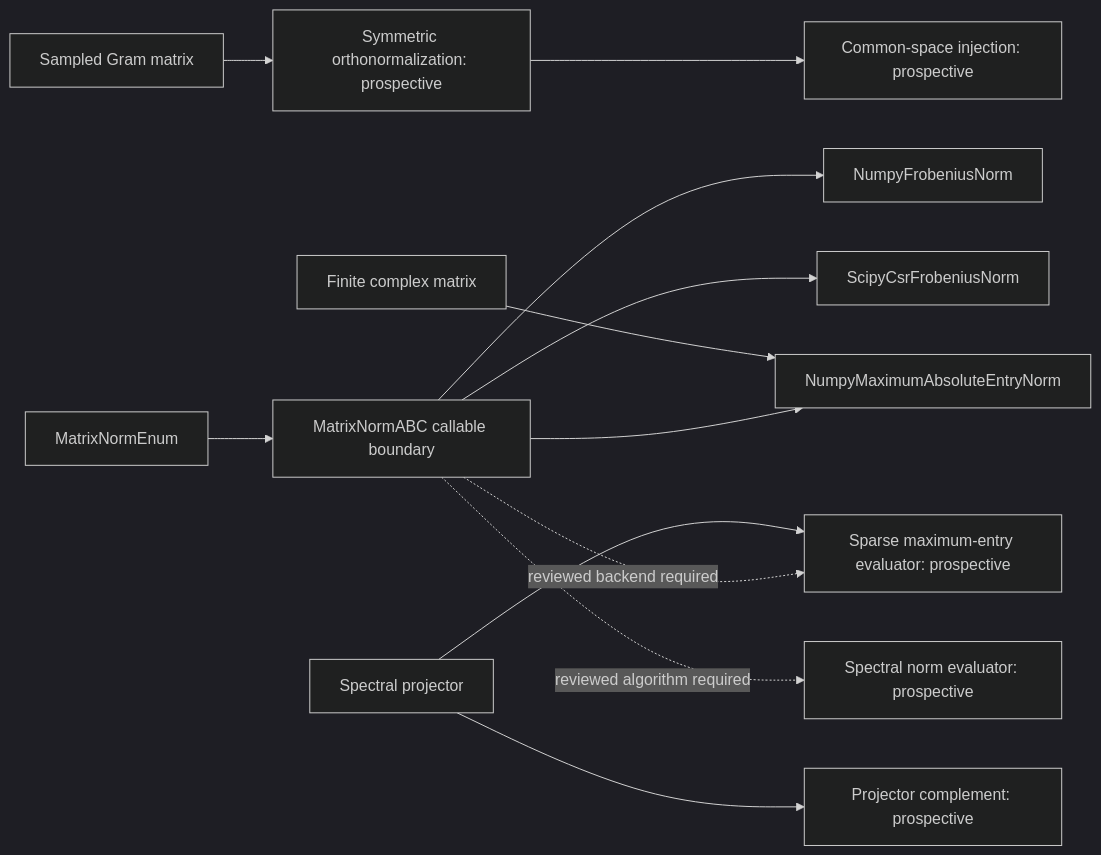
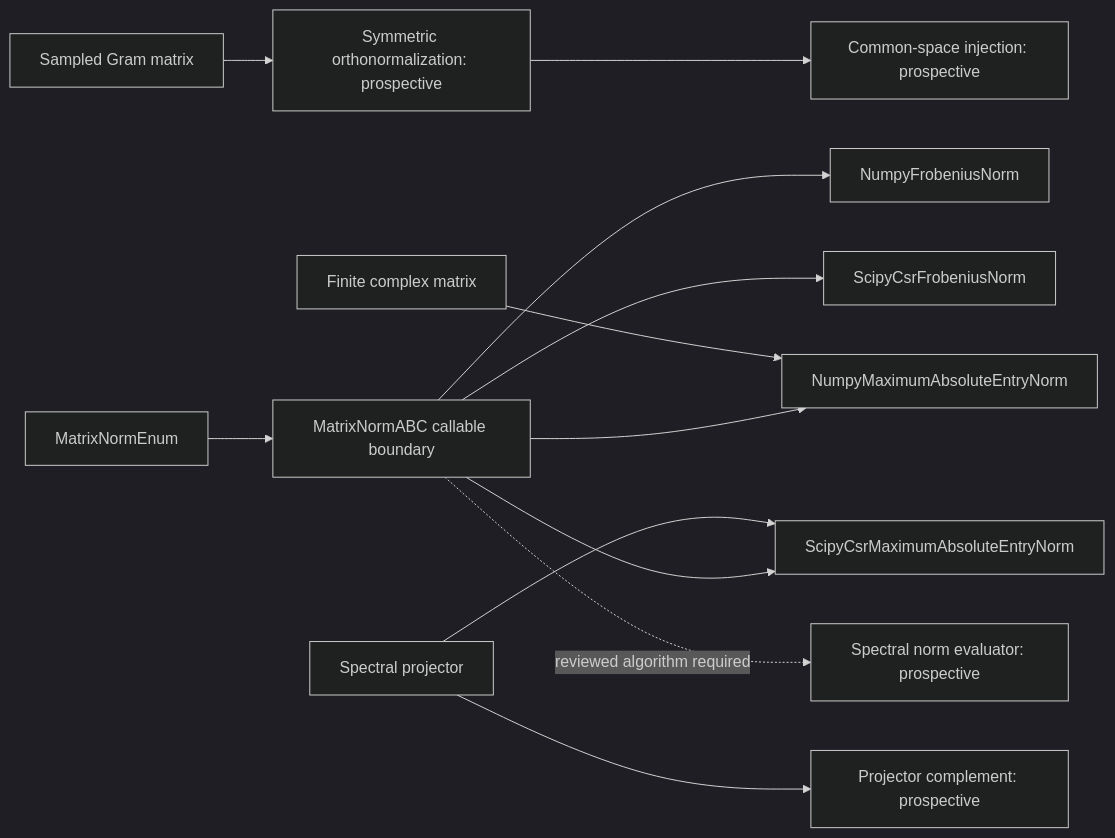
Before and after one commit to eragasa/projectkoios-optimization: the fourth of 6 diagrams in docs/architecture/projectkoios/numerics/linalg/schematics.md, drawn with Mermaid (dark theme). The commit also changed other lines of this file and 14 other files, not shown here.

Commit message:
Complete maximum-entry matrix norms

````diff
--- a/docs/architecture/projectkoios/numerics/linalg/schematics.md
+++ b/docs/architecture/projectkoios/numerics/linalg/schematics.md
@@ -89,14 +89,14 @@
 ```mermaid
 flowchart LR
     P[Spectral projector] --> C[Operator compression: prospective]
     P --> K[Projector complement: prospective]
     G[Sampled Gram matrix] --> O[Symmetric orthonormalization: prospective]
     O --> J[Common-space injection: prospective]
     N[Finite complex matrix] --> M[Implemented Frobenius power and norm]
     E[MatrixNormEnum] --> A[MatrixNormABC callable boundary]
     A --> B[NumpyFrobeniusNorm]
     A --> S[ScipyCsrFrobeniusNorm]
     A --> M[NumpyMaximumAbsoluteEntryNorm]
-    A -. reviewed backend required .-> C[Sparse maximum-entry evaluator: prospective]
+    A --> C[ScipyCsrMaximumAbsoluteEntryNorm]
     A -. reviewed algorithm required .-> D[Spectral norm evaluator: prospective]
 ```
````
